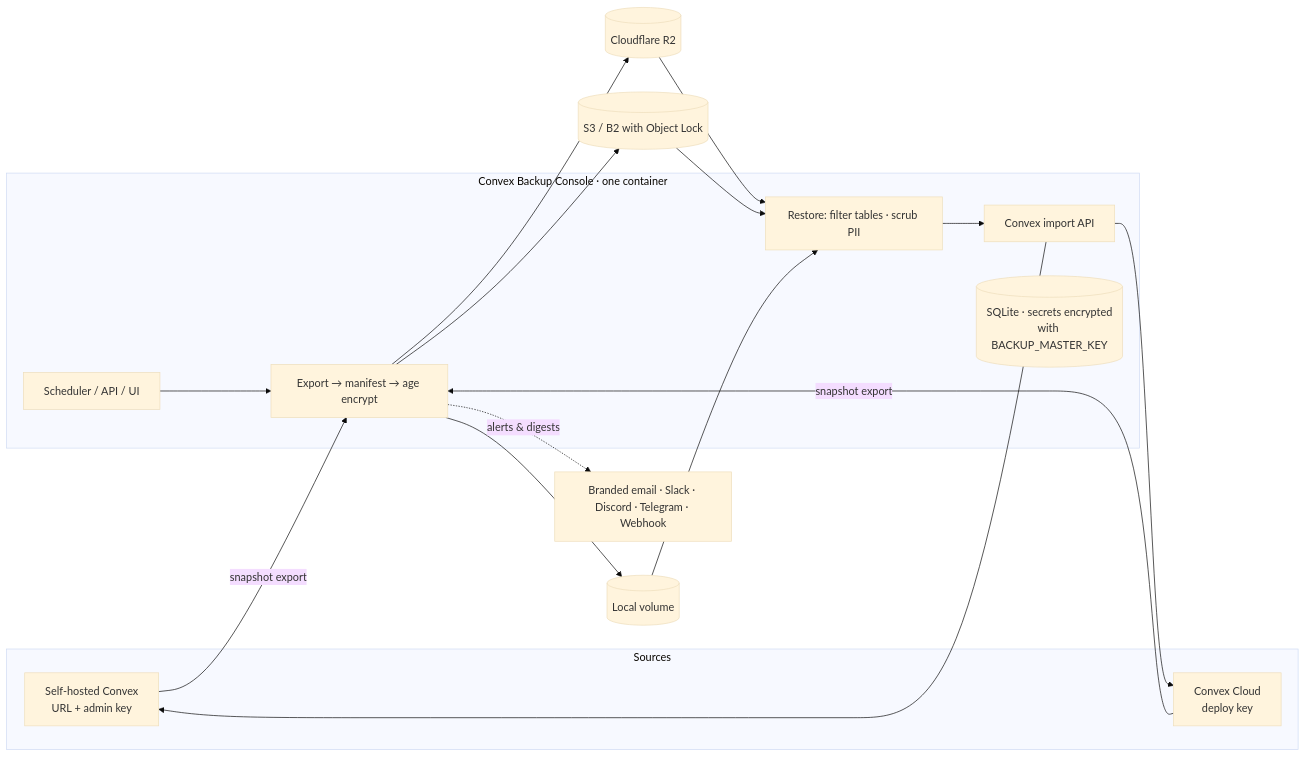
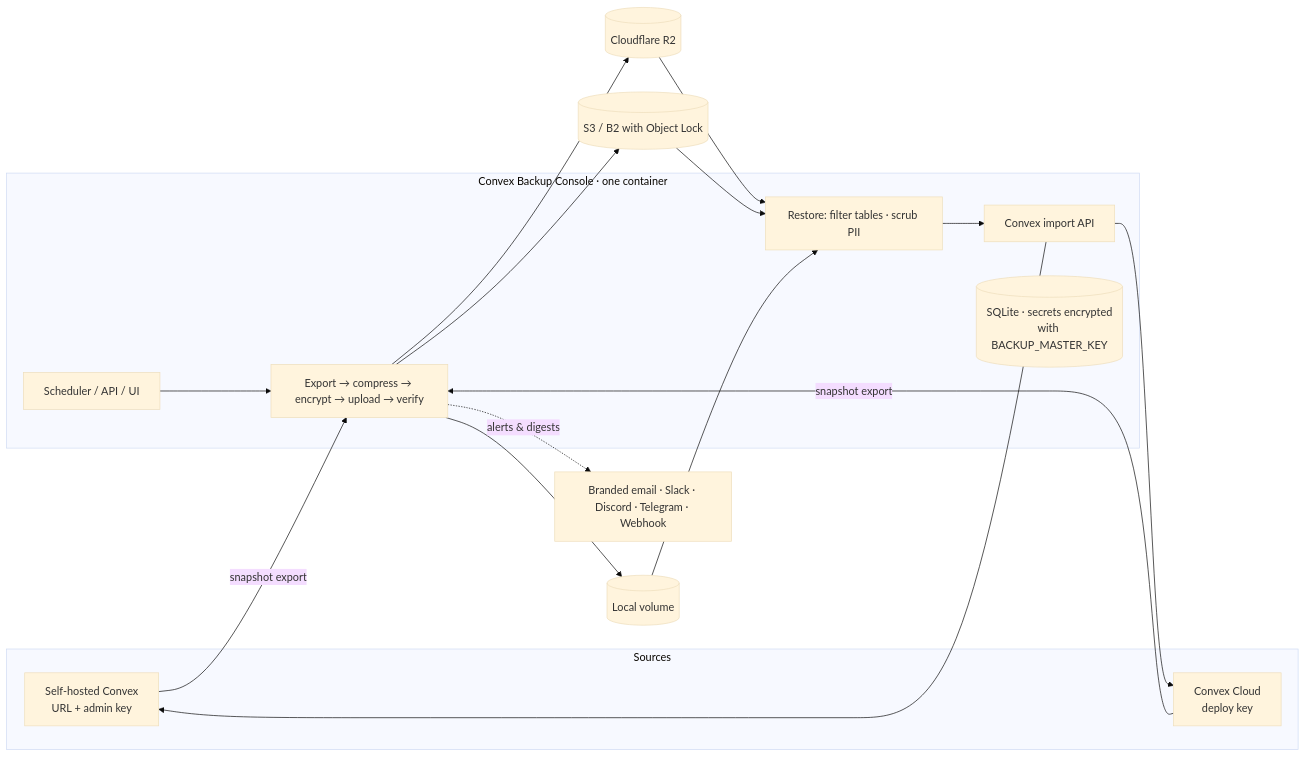
One commit to flyingwebie/convex-backup-console changed the diagram in README.md. Above: the diagram before and after it, drawn with Mermaid (base theme). The commit also changed other lines of this file and 52 other files, not shown here.

````diff
--- a/README.md
+++ b/README.md
@@ -157,19 +163,19 @@
 ```mermaid
 flowchart LR
   subgraph Sources
     SH[Self-hosted Convex<br/>URL + admin key]
     CC[Convex Cloud<br/>deploy key]
   end
   subgraph Console[Convex Backup Console · one container]
-    S[Scheduler / API / UI] --> X[Export → manifest → age encrypt]
+    S[Scheduler / API / UI] --> X[Export → compress → encrypt → upload → verify]
     R[Restore: filter tables · scrub PII] --> I[Convex import API]
     DB[(SQLite · secrets encrypted<br/>with BACKUP_MASTER_KEY)]
   end
   SH & CC -- snapshot export --> X
   X --> D1[(Cloudflare R2)]
   X --> D2[(S3 / B2 with Object Lock)]
   X --> D3[(Local volume)]
   D1 & D2 & D3 --> R
   I --> SH & CC
   X -. alerts & digests .-> N[Branded email · Slack · Discord · Telegram · Webhook]
 ```
````
